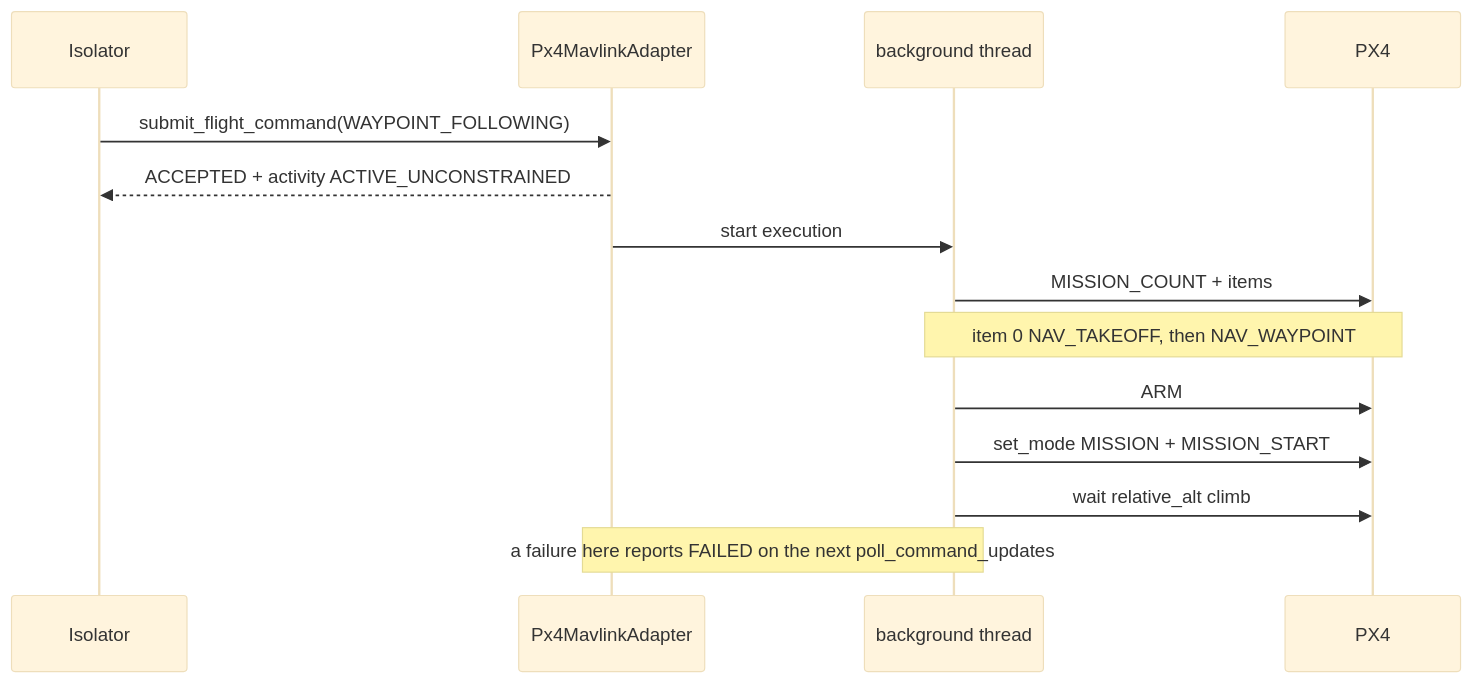
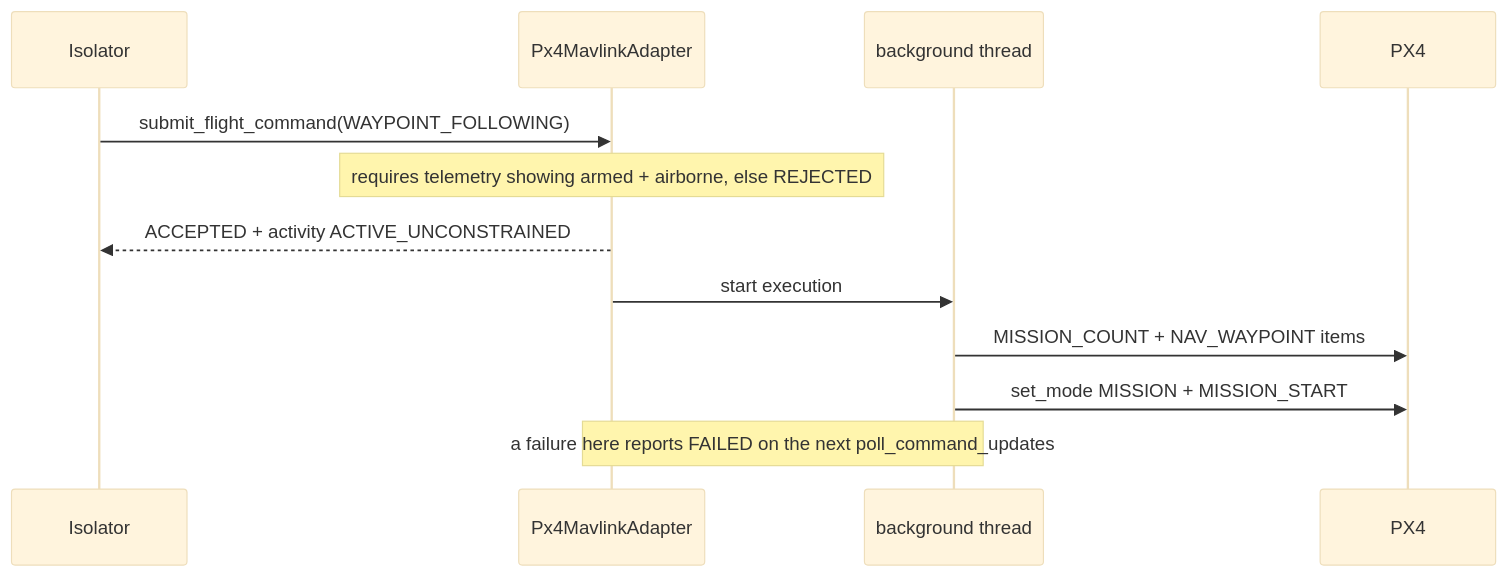
One commit to OpenAutonomy/open-vi changed the second of 2 diagrams in docs/platforms/px4/README.md. Above: the diagram before and after it, drawn with Mermaid (base theme). The commit also changed other lines of this file and 8 other files, not shown here.

````diff
--- a/docs/platforms/px4/README.md
+++ b/docs/platforms/px4/README.md
@@ -164,17 +165,15 @@
 ```mermaid
 sequenceDiagram
   participant Iso as Isolator
   participant Px4 as Px4MavlinkAdapter
   participant Exec as background thread
   participant FC as PX4
 
   Iso->>Px4: submit_flight_command(WAYPOINT_FOLLOWING)
+  Note over Px4: requires telemetry showing armed + airborne, else REJECTED
   Px4-->>Iso: ACCEPTED + activity ACTIVE_UNCONSTRAINED
   Px4->>Exec: start execution
-  Exec->>FC: MISSION_COUNT + items
-  Note over Exec,FC: item 0 NAV_TAKEOFF, then NAV_WAYPOINT
-  Exec->>FC: ARM
+  Exec->>FC: MISSION_COUNT + NAV_WAYPOINT items
   Exec->>FC: set_mode MISSION + MISSION_START
-  Exec->>FC: wait relative_alt climb
   Note over Px4,Exec: a failure here reports FAILED on the next poll_command_updates
 ```
````
